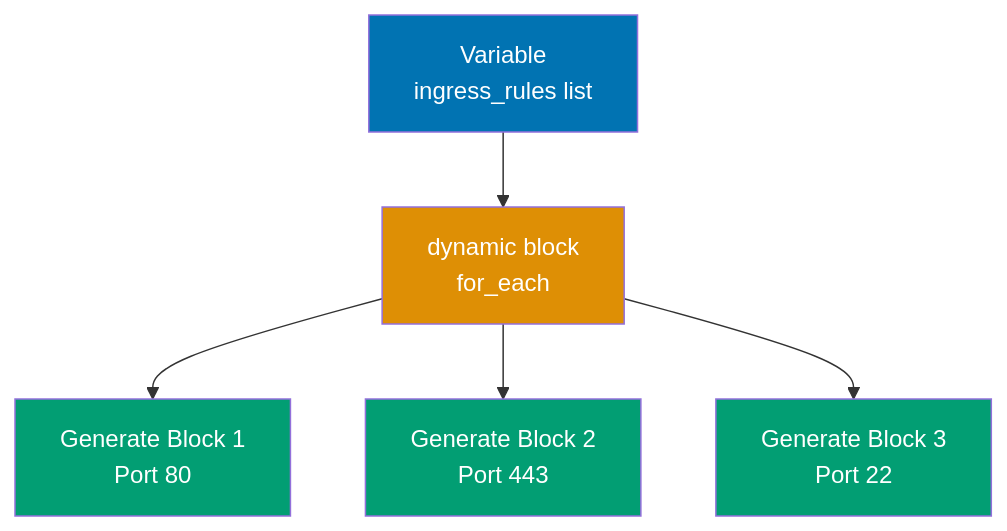
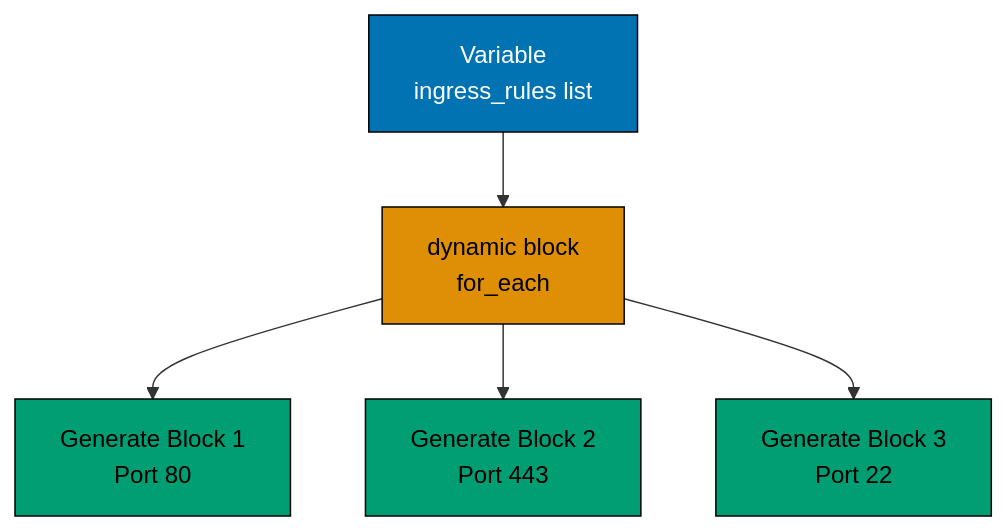
Before and after one commit to wahidyankf/ose-public: the tenth of 11 diagrams in apps/ayokoding-www/content/en/learn/legacy/software-engineering/infrastructure/tools/terraform/by-example/intermediate.md, drawn with Mermaid. The commit also changed other lines of this file and 131 other files, not shown here.

First line of the commit message:
fix(mermaid): bring the legacy data, infrastructure, and testing diagrams onto the accessible palette

````diff
--- a/apps/ayokoding-www/content/en/learn/legacy/software-engineering/infrastructure/tools/terraform/by-example/intermediate.md
+++ b/apps/ayokoding-www/content/en/learn/legacy/software-engineering/infrastructure/tools/terraform/by-example/intermediate.md
@@ -2647,14 +2711,20 @@
 ```mermaid
 %% Color Palette: Blue #0173B2, Orange #DE8F05, Teal #029E73, Purple #CC78BC
 graph TD
+ accTitle: Example 48: Dynamic Blocks for Repeated Nested Configuration
+ accDescr: Graph with 5 nodes and 4 connections. Nodes: Variable ingress_rules list, dynamic block for_each, Generate Block 1 Port 80, Generate Block 2 Port 443, Generate Block 3 Port 22. Connections: Variable ingress_rules list to dynamic block for_each, dynamic block for_each to Generate Block 1 Port 80, dynamic block for_each to Generate Block 2 Port 443, dynamic block for_each to Generate Block 3 Port 22.
  A["Variable<br/>ingress_rules list"] --> B["dynamic block<br/>for_each"]
  B --> C["Generate Block 1<br/>Port 80"]
  B --> D["Generate Block 2<br/>Port 443"]
  B --> E["Generate Block 3<br/>Port 22"]
 
- style A fill:#0173B2,color:#fff
- style B fill:#DE8F05,color:#fff
- style C fill:#029E73,color:#fff
- style D fill:#029E73,color:#fff
- style E fill:#029E73,color:#fff
+ classDef pal-0173B2 fill:#0173B2,stroke:#000000,color:#FFFFFF
+ class A pal-0173B2
+ classDef pal-DE8F05 fill:#DE8F05,stroke:#000000,color:#000000
+ class B pal-DE8F05
+ classDef pal-029E73 fill:#029E73,stroke:#000000,color:#000000
+ class C pal-029E73
+ class D pal-029E73
+ class E pal-029E73
+ classDef default fill:#FFFFFF,stroke:#000000,color:#000000
 ```
````
